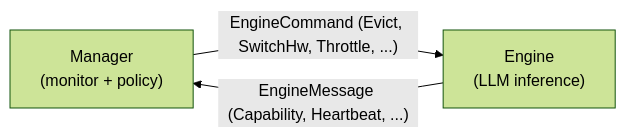
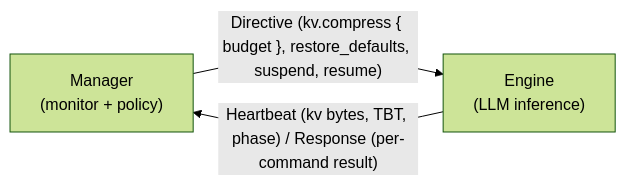
Before and after one commit to hedone21/argus-manager: the diagram in README.md, drawn with Mermaid (forest theme). The commit also changed other lines of this file and 92 other files, not shown here.

````diff
--- a/README.md
+++ b/README.md
@@ -20,7 +25,7 @@
 ```mermaid
 graph LR
     Manager["Manager<br/>(monitor + policy)"]
     Engine["Engine<br/>(LLM inference)"]
-    Manager -- "EngineCommand (Evict, SwitchHw, Throttle, ...)" --> Engine
-    Engine -- "EngineMessage (Capability, Heartbeat, ...)" --> Manager
+    Manager -- "Directive (kv.compress { budget }, restore_defaults, suspend, resume)" --> Engine
+    Engine -- "Heartbeat (kv bytes, TBT, phase) / Response (per-command result)" --> Manager
 ```
````
